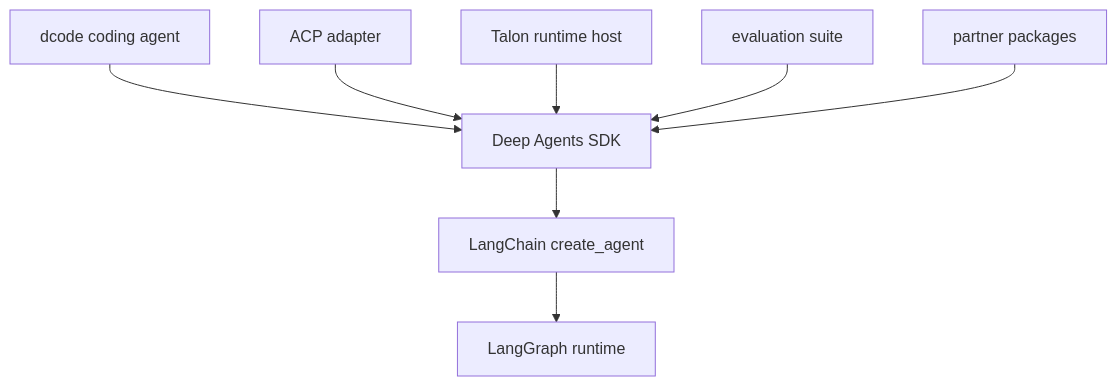
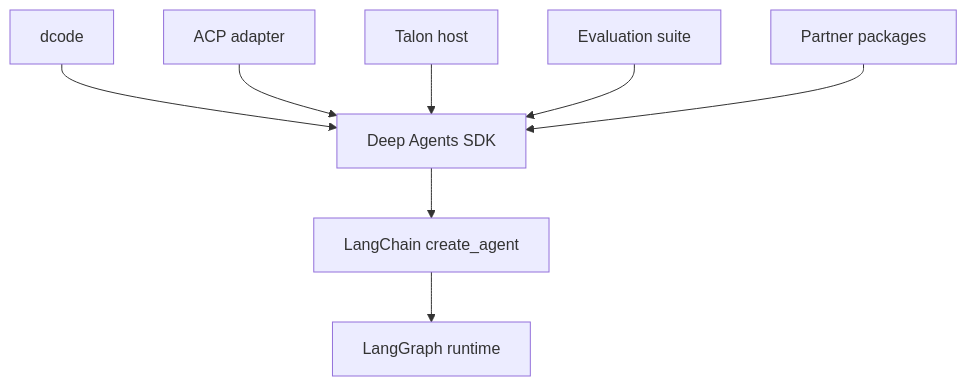
The diagram in openwiki/architecture/source-map.md (langchain-ai/deepagents), drawn with Mermaid before and after one commit. The commit also changed other lines of this file and 63 other files, not shown here.

````diff
--- a/openwiki/architecture/source-map.md
+++ b/openwiki/architecture/source-map.md
@@ -51,10 +59,10 @@
 ```mermaid
 flowchart TD
-    Code["dcode coding agent"] --> SDK["Deep Agents SDK"]
+    SDK["Deep Agents SDK"] --> LC["LangChain create_agent"]
+    LC --> LG["LangGraph runtime"]
+    Code["dcode"] --> SDK
     ACP["ACP adapter"] --> SDK
-    Talon["Talon runtime host"] --> SDK
-    Evals["evaluation suite"] --> SDK
-    Partners["partner packages"] --> SDK
-    SDK --> LangChain["LangChain create_agent"]
-    LangChain --> LangGraph["LangGraph runtime"]
+    Talon["Talon host"] --> SDK
+    Evals["Evaluation suite"] --> SDK
+    Partners["Partner packages"] --> SDK
 ```
````
